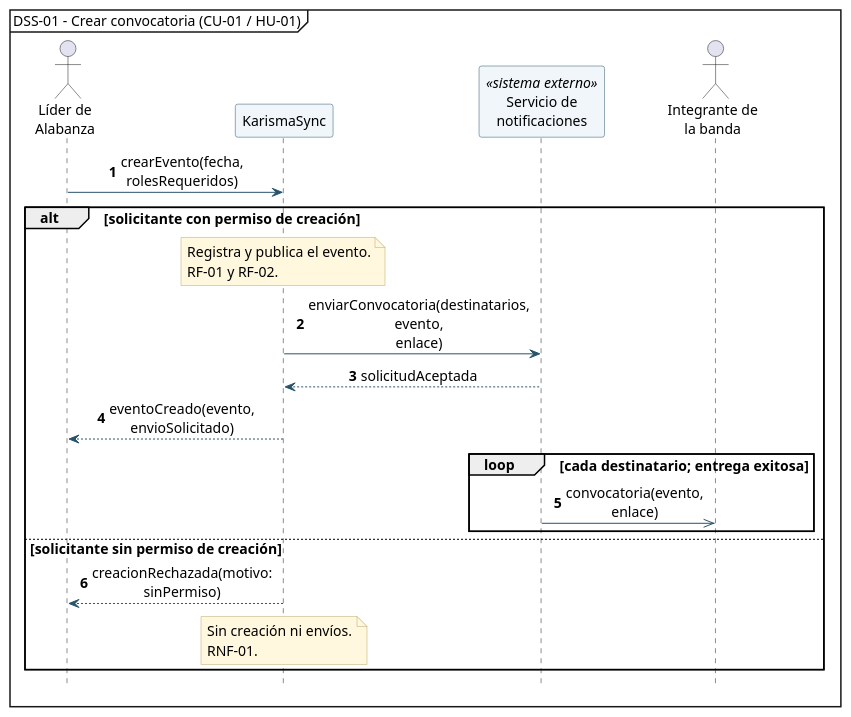
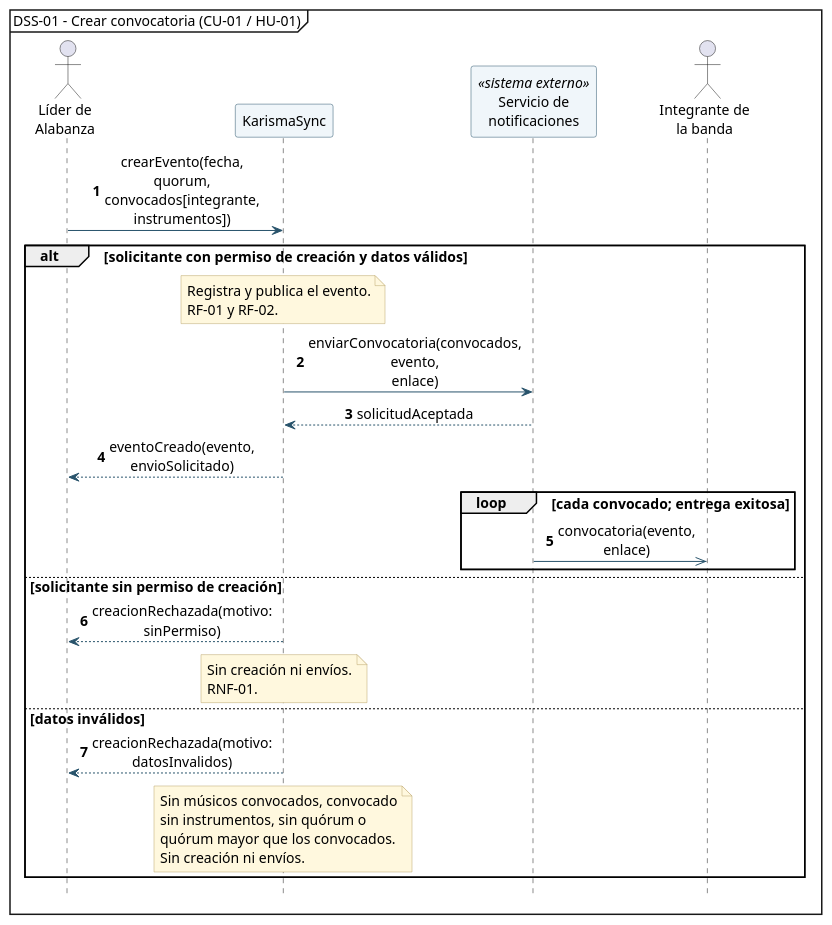
Before and after one commit to Ayiness/KarismaSync: the diagram in diagramas/dss-01-crear-convocatoria.puml, drawn with PlantUML. The commit also changed 18 other files, not shown here.

First line of the commit message:
HU-01: quórum obligatorio y spec eventos-ensayo alineada con el Gherkin (cambio hu-01-quorum-obligatorio)

```diff
--- a/diagramas/dss-01-crear-convocatoria.puml
+++ b/diagramas/dss-01-crear-convocatoria.puml
@@ -1,55 +1,64 @@
 @startuml
 mainframe DSS-01 - Crear convocatoria (CU-01 / HU-01)
 autonumber
 hide footbox
 skinparam backgroundColor white
 skinparam shadowing false
 skinparam defaultFontName SansSerif
 skinparam defaultFontSize 14
 skinparam sequenceMessageAlign center
 skinparam maxMessageSize 54
 skinparam BoxPadding 4
 skinparam NotePadding 4
 skinparam sequenceMessageSpacing 6
 skinparam ArrowColor #28536B
 skinparam participantBorderColor #28536B
 skinparam participantBackgroundColor #F0F6FA
 skinparam noteBackgroundColor #FFF8DE
 skinparam noteBorderColor #BBA46B
 
 <style>
 participant {
   Padding 8
 }
 </style>
 
 actor "Líder de\nAlabanza" as Lider
 participant "KarismaSync" as Sistema
 participant "Servicio de\nnotificaciones" as Notificaciones <<sistema externo>>
 actor "Integrante de\nla banda" as Integrante
 
-Lider -> Sistema: crearEvento(fecha, rolesRequeridos)
+Lider -> Sistema: crearEvento(fecha, quorum, convocados[integrante, instrumentos])
 
-alt solicitante con permiso de creación
+alt solicitante con permiso de creación y datos válidos
   note over Sistema
     Registra y publica el evento.
     RF-01 y RF-02.
   end note
 
-  Sistema -> Notificaciones: enviarConvocatoria(destinatarios, evento, enlace)
+  Sistema -> Notificaciones: enviarConvocatoria(convocados, evento, enlace)
   Notificaciones --> Sistema: solicitudAceptada
   Sistema --> Lider: eventoCreado(evento, envioSolicitado)
 
-  loop cada destinatario; entrega exitosa
+  loop cada convocado; entrega exitosa
     Notificaciones ->> Integrante: convocatoria(evento, enlace)
   end
 
 else solicitante sin permiso de creación
   Sistema --> Lider: creacionRechazada(motivo: sinPermiso)
   note over Sistema
     Sin creación ni envíos.
     RNF-01.
   end note
+
+else datos inválidos
+  Sistema --> Lider: creacionRechazada(motivo: datosInvalidos)
+  note over Sistema
+    Sin músicos convocados, convocado
+    sin instrumentos, sin quórum o
+    quórum mayor que los convocados.
+    Sin creación ni envíos.
+  end note
 end
 
 @enduml
```
